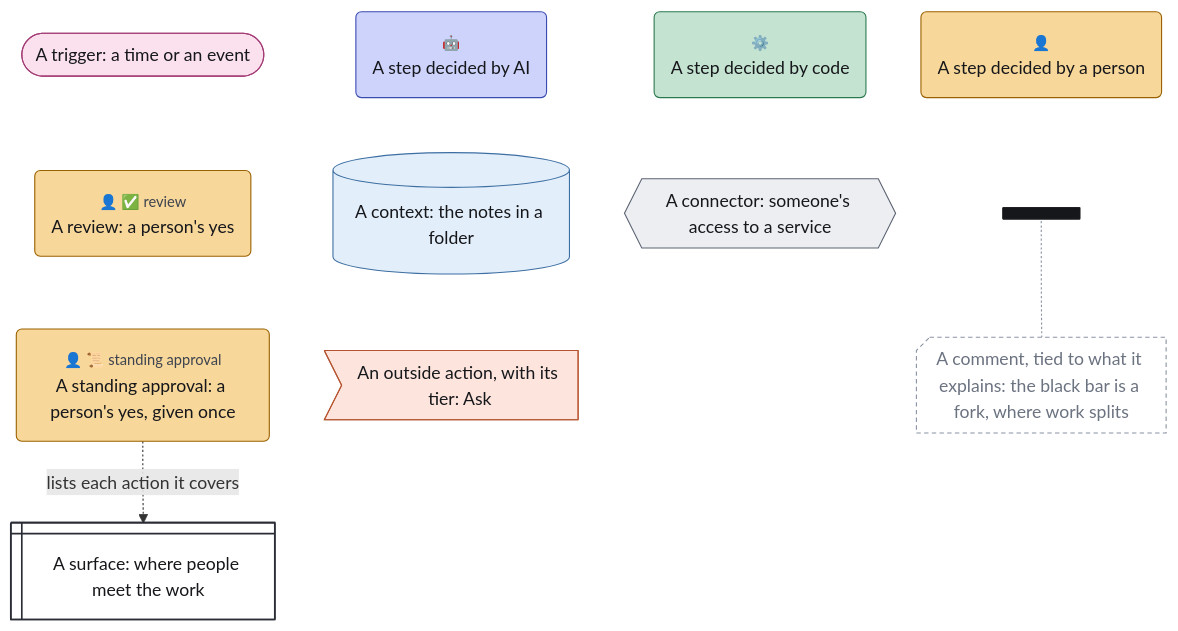
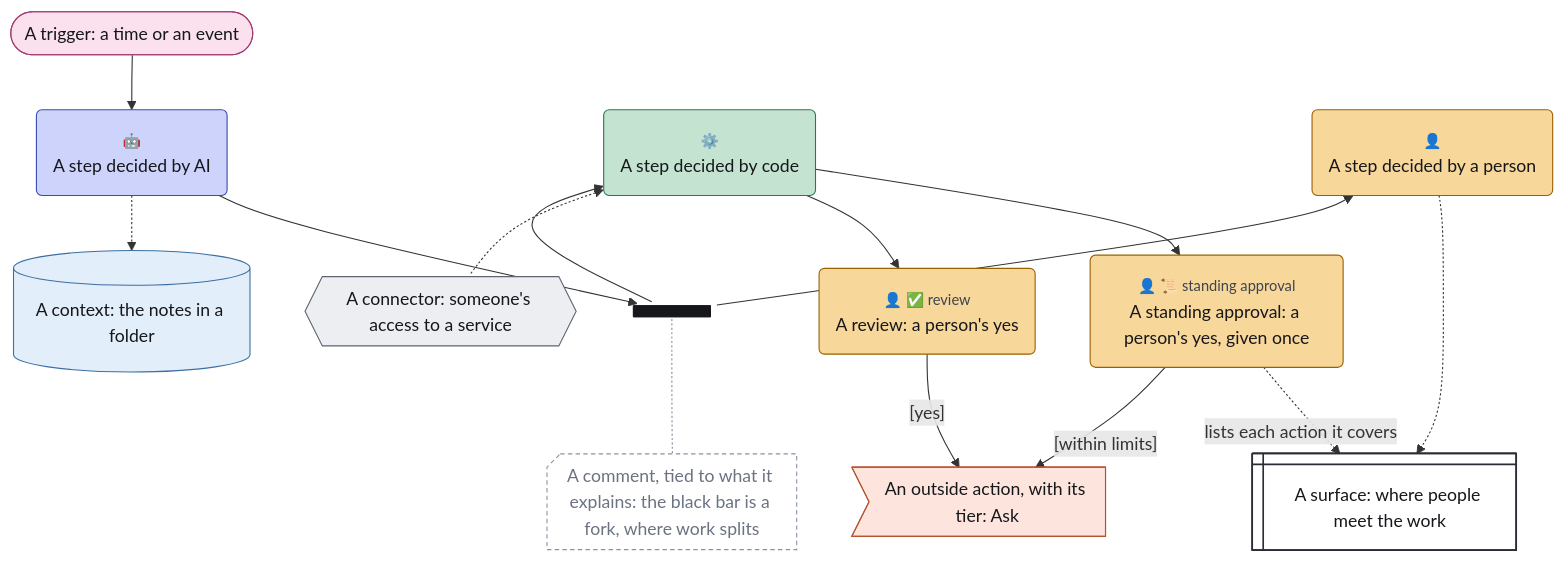
One commit to chrismdp/awml changed the diagram in examples/legend.mmd. Above: the diagram before and after it, drawn with Mermaid. The commit also changed 65 other files, not shown here.

```diff
--- a/examples/legend.mmd
+++ b/examples/legend.mmd
@@ -1,53 +1,59 @@
 ---
 config:
   theme: default
   fontFamily: Inter, sans-serif
   flowchart:
     useMaxWidth: false
     subGraphTitleMargin:
       top: 6
       bottom: 30
 ---
 flowchart TB
   trigger(["A trigger#58; a time or an event"])
   ai("<small style='color:rgb(61,67,79)'>🤖</small><br>A step decided by AI")
   code("<small style='color:rgb(61,67,79)'>⚙️</small><br>A step decided by code")
   person("<small style='color:rgb(61,67,79)'>👤</small><br>A step decided by a person")
   review("<small style='color:rgb(61,67,79)'>👤 ✅ review</small><br>A review#58; a person#39;s yes")
   approval("<small style='color:rgb(61,67,79)'>👤 📜 standing approval</small><br>A standing approval#58; a person#39;s yes#44; given once")
   context[("A context#58; the notes in a folder")]
   connector{{"A connector#58; someone#39;s access to a service"}}
   fork@{ shape: fork, label: "" }
   surface@{ shape: win-pane, label: "A surface#58; where people meet the work" }
   outside>"An outside action#44; with its tier#58; Ask"]
   comment@{ shape: notch-rect, label: "A comment#44; tied to what it explains#58; the black bar is a fork#44; where work splits" }
 
-  trigger ~~~ review
-  review ~~~ approval
+  trigger --> ai
+  ai -.-> context
+  ai --> fork
+  code <--> fork
+  person <--> fork
+  code <-.-> connector
+  code --> review
+  review -->|"#91;yes#93;"| outside
+  code --> approval
+  approval -->|"#91;within limits#93;"| outside
   approval -.->|"lists each action it covers"| surface
-  ai ~~~ context
-  context ~~~ outside
-  code ~~~ connector
-  person ~~~ fork
+  person -.-> surface
   fork -.- comment
   classDef trig fill:#fbe1ee,stroke:#a33a74,color:#16171b
   classDef ctx fill:#e2eef9,stroke:#3d6fa3,color:#16171b
   classDef con fill:#eceef2,stroke:#5d6472,color:#16171b
   classDef surf fill:#ffffff,stroke:#2a2d35,stroke-width:1.5px,color:#16171b
   classDef out fill:#fde4dc,stroke:#b5532f,color:#16171b
   classDef ai fill:#cdd3fb,stroke:#3b4bb0,color:#16171b
   classDef code fill:#c4e3d1,stroke:#2b7a4f,color:#16171b
   classDef person fill:#f7d79a,stroke:#9a6100,color:#16171b
   classDef uml fill:#16171b,stroke:#16171b,color:#16171b
   classDef gap fill:#ffffff,stroke:#8a93a3,stroke-dasharray:4 3,color:#6b7280
   class trigger trig
   class context ctx
   class connector con
   class surface surf
   class outside out
   class ai ai
   class code code
   class person,review,approval person
   class fork uml
   class comment gap
-  linkStyle 7 stroke:#8a93a3
+  linkStyle 3,4,5 marker-end:none
+  linkStyle 12 stroke:#8a93a3
```
